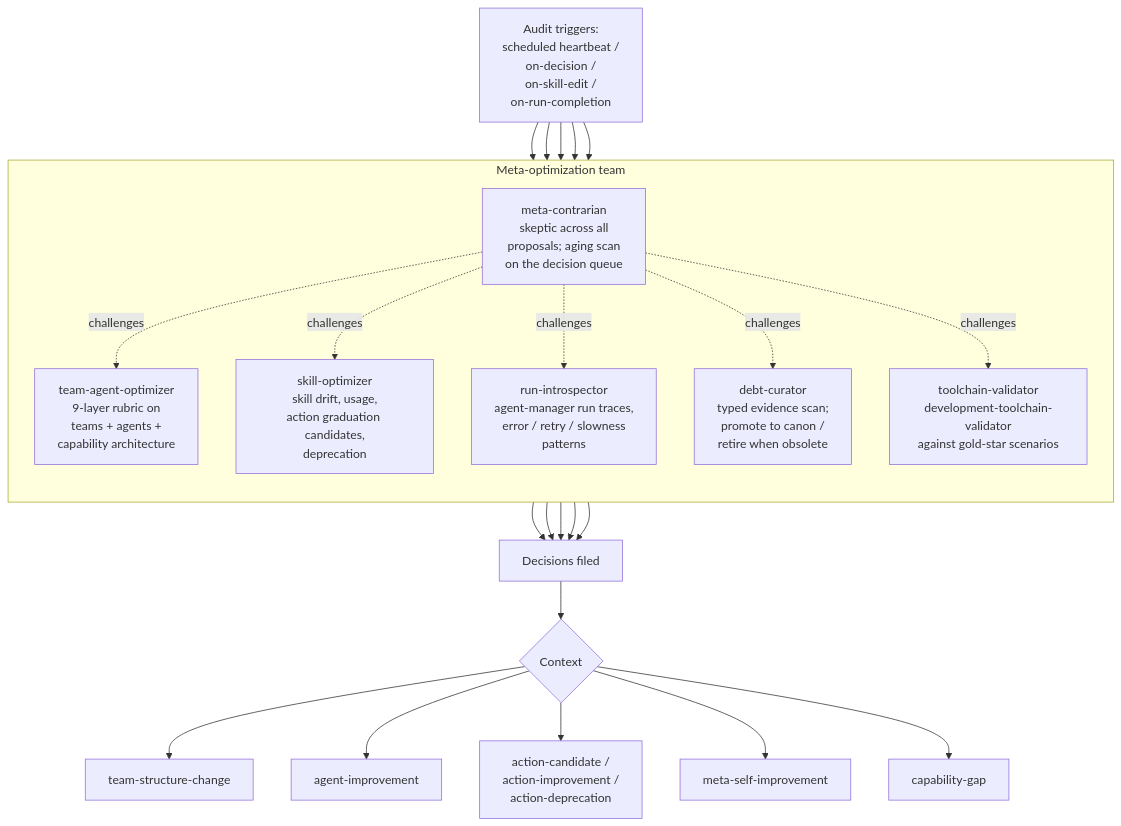
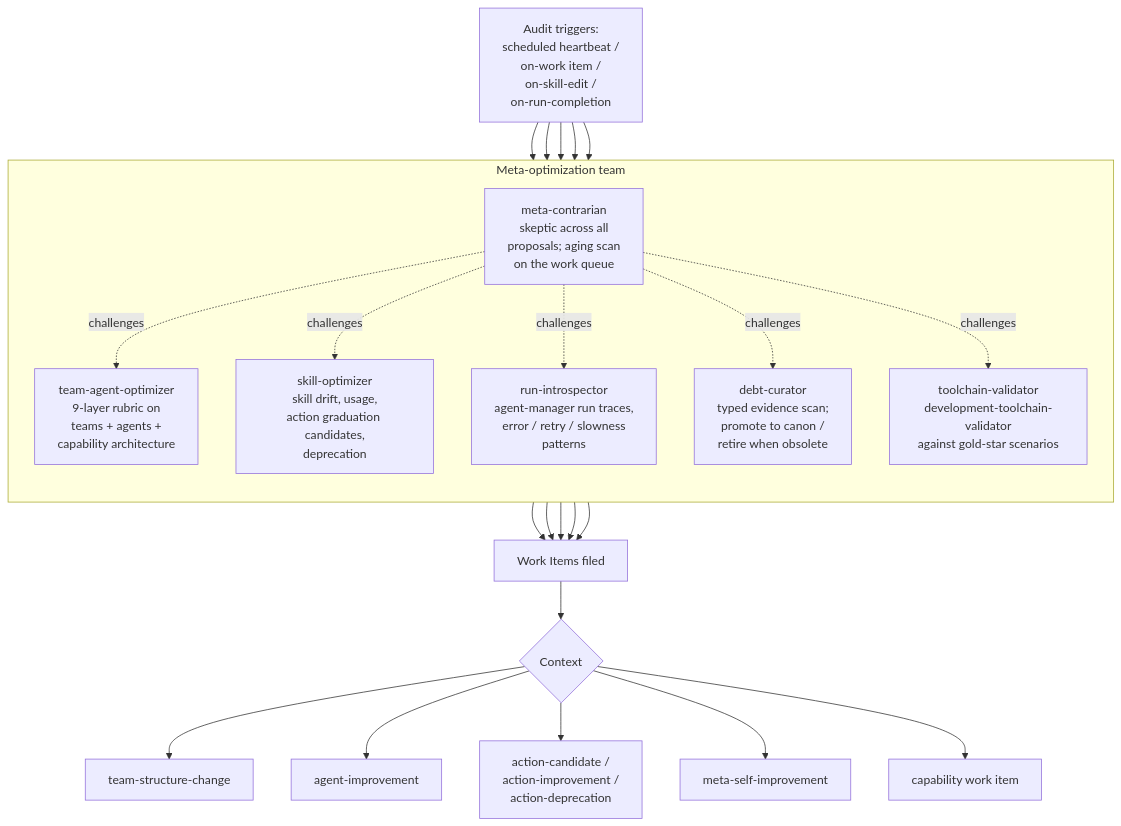
One commit to Vrooli/Vrooli changed the diagram in scenarios/prompt-manager/store/teams/meta-optimization/shared/TEAM.md. Above: the diagram before and after it, drawn with Mermaid. The commit also changed other lines of this file and 540 other files, not shown here.

````diff
--- a/scenarios/prompt-manager/store/teams/meta-optimization/shared/TEAM.md
+++ b/scenarios/prompt-manager/store/teams/meta-optimization/shared/TEAM.md
@@ -22,31 +25,31 @@
 ```mermaid
 flowchart TB
-    TRIG[Audit triggers:<br/>scheduled heartbeat /<br/>on-decision /<br/>on-skill-edit /<br/>on-run-completion]
+    TRIG[Audit triggers:<br/>scheduled heartbeat /<br/>on-work item /<br/>on-skill-edit /<br/>on-run-completion]
 
     subgraph TEAM[Meta-optimization team]
       direction TB
       M1[team-agent-optimizer<br/>9-layer rubric on<br/>teams + agents +<br/>capability architecture]
       M2[skill-optimizer<br/>skill drift, usage,<br/>action graduation candidates,<br/>deprecation]
       M3[run-introspector<br/>agent-manager run traces,<br/>error / retry / slowness<br/>patterns]
       M4[debt-curator<br/>typed evidence scan;<br/>promote to canon /<br/>retire when obsolete]
       M5[toolchain-validator<br/>development-toolchain-validator<br/>against gold-star scenarios]
-      M6[meta-contrarian<br/>skeptic across all<br/>proposals; aging scan<br/>on the decision queue]
+      M6[meta-contrarian<br/>skeptic across all<br/>proposals; aging scan<br/>on the work queue]
     end
 
     TRIG --> M1 & M2 & M3 & M4 & M5
 
-    M1 --> OUT[Decisions filed]
+    M1 --> OUT[Work Items filed]
     M2 --> OUT
     M3 --> OUT
     M4 --> OUT
     M5 --> OUT
 
     M6 -.challenges.-> M1 & M2 & M3 & M4 & M5
 
     OUT --> CTX{Context}
     CTX --> CTX1[team-structure-change]
     CTX --> CTX2[agent-improvement]
     CTX --> CTX3[action-candidate /<br/>action-improvement /<br/>action-deprecation]
     CTX --> CTX4[meta-self-improvement]
-    CTX --> CTX5[capability-gap]
+    CTX --> CTX5[capability work item]
 ```
````
